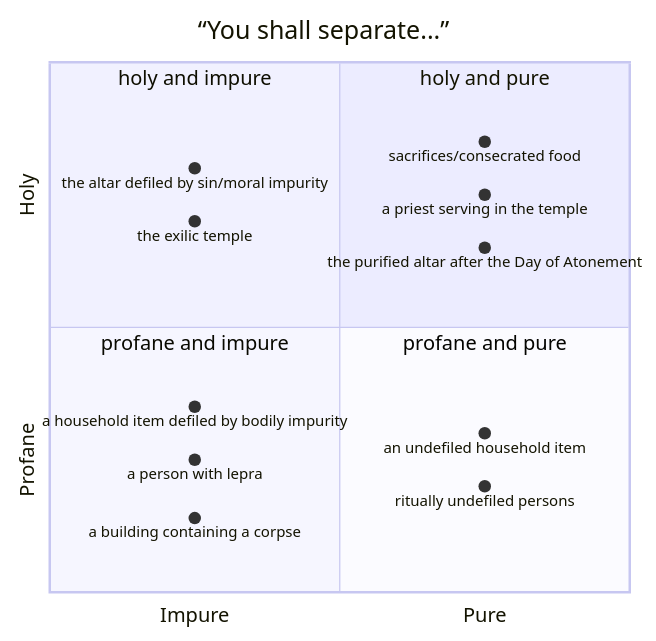
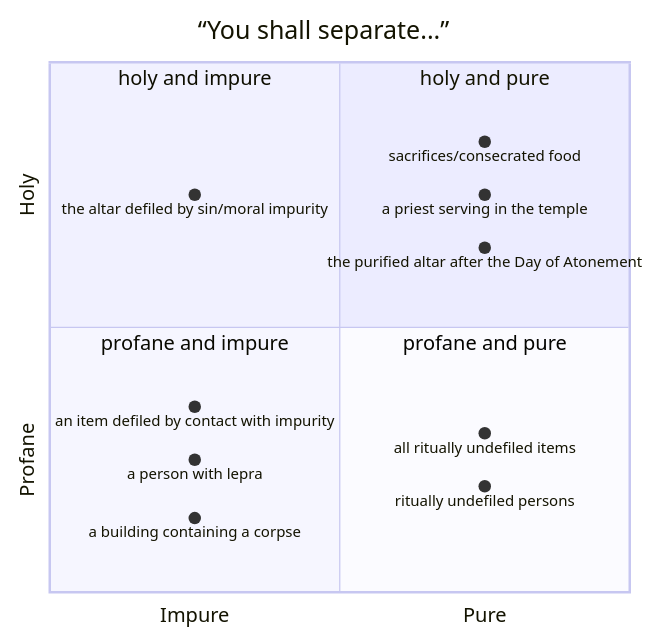
One commit to andrewhwaller/jesus-law-session-3 changed the first of 2 diagrams in slides.md. Above: the diagram before and after it, drawn with Mermaid. The commit also changed other lines of this file, not shown here.

````diff
--- a/slides.md
+++ b/slides.md
@@ -85,20 +85,19 @@
 ```mermaid
 quadrantChart
     title “You shall separate...”
     x-axis Impure --> Pure
     y-axis Profane --> Holy
     quadrant-1 holy and pure
     quadrant-2 holy and impure
     quadrant-3 profane and impure
     quadrant-4 profane and pure
     sacrifices/consecrated food: [0.75, 0.85]
     the purified altar after the Day of Atonement: [0.75, 0.65]
     a priest serving in the temple: [0.75, 0.75]
-    the altar defiled by sin/moral impurity: [0.25, 0.8]
-    the exilic temple: [0.25, 0.7]
-    a household item defiled by bodily impurity: [0.25, 0.35]
+    the altar defiled by sin/moral impurity: [0.25, 0.75]
+    an item defiled by contact with impurity: [0.25, 0.35]
     a person with lepra: [0.25, 0.25]
     a building containing a corpse: [0.25, 0.14]
-    an undefiled household item: [0.75, 0.3]
+    all ritually undefiled items: [0.75, 0.3]
     ritually undefiled persons: [0.75, 0.2]
 ```
````
